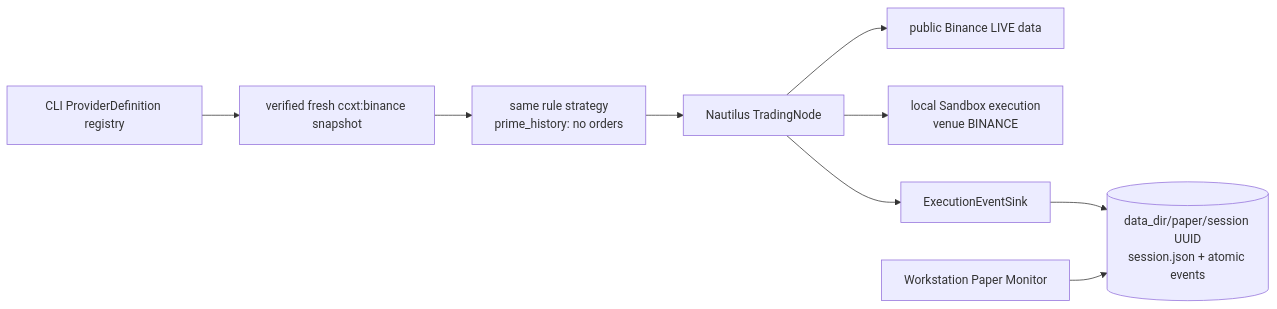
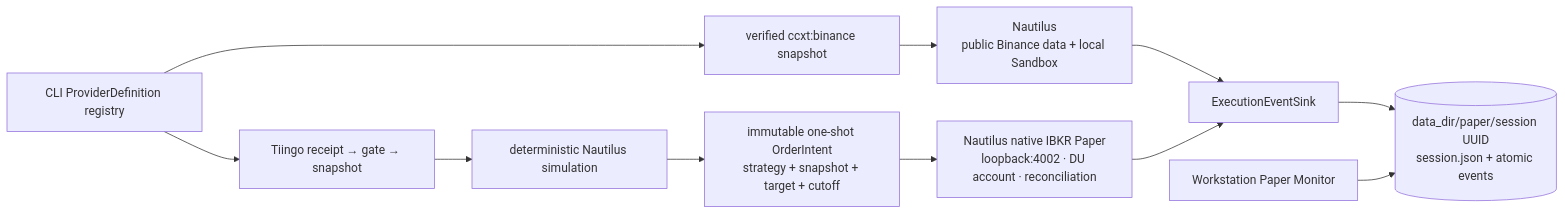
One commit to tradingsystem1880-eng/Project-ALPHA changed the fifth of 5 diagrams in docs/ARCHITECTURE.md. Above: the diagram before and after it, drawn with Mermaid. The commit also changed other lines of this file and 68 other files, not shown here.

First line of the commit message:
feat(paper): harden daily data and broker paper (#35)

````diff
--- a/docs/ARCHITECTURE.md
+++ b/docs/ARCHITECTURE.md
@@ -208,11 +220,13 @@
 ```mermaid
 flowchart LR
-    REG["CLI ProviderDefinition registry"] --> HIST["verified fresh ccxt:binance snapshot"]
-    HIST --> PRIME["same rule strategy<br/>prime_history: no orders"]
-    PRIME --> NODE["Nautilus TradingNode"]
-    NODE --> DATA["public Binance LIVE data"]
-    NODE --> EXEC["local Sandbox execution<br/>venue BINANCE"]
-    NODE --> SINK["ExecutionEventSink"]
+    REG["CLI ProviderDefinition registry"] --> CRYPTO["verified ccxt:binance snapshot"]
+    CRYPTO --> BINANCE["Nautilus<br/>public Binance data + local Sandbox"]
+    REG --> TIINGO["Tiingo receipt → gate → snapshot"]
+    TIINGO --> SIM["deterministic Nautilus simulation"]
+    SIM --> INTENT["immutable one-shot OrderIntent<br/>strategy + snapshot + target + cutoff"]
+    INTENT --> IB["Nautilus native IBKR Paper<br/>loopback:4002 · DU account · reconciliation"]
+    BINANCE --> SINK["ExecutionEventSink"]
+    IB --> SINK
     SINK --> PAPER[("data_dir/paper/session UUID<br/>session.json + atomic events")]
     WEB["Workstation Paper Monitor"] --> PAPER
 ```
````
